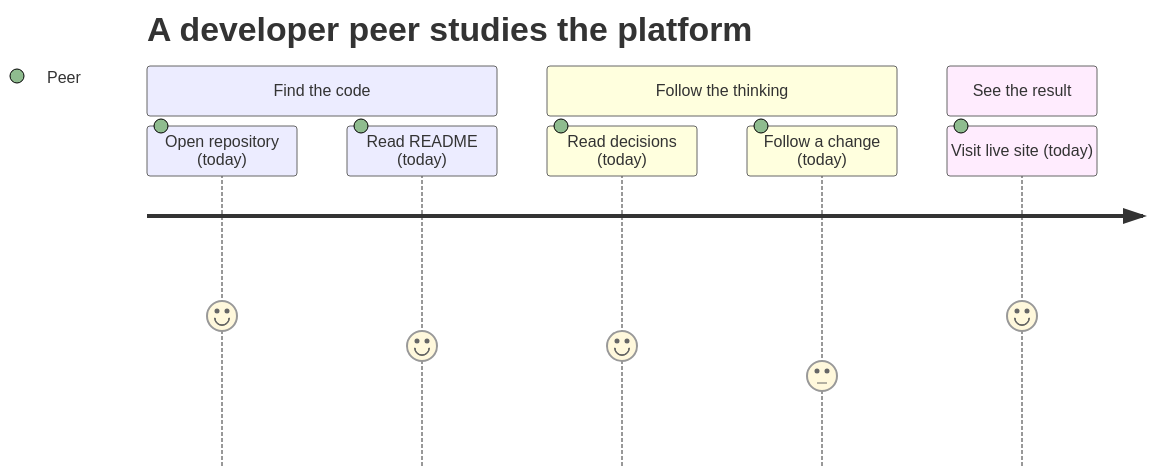
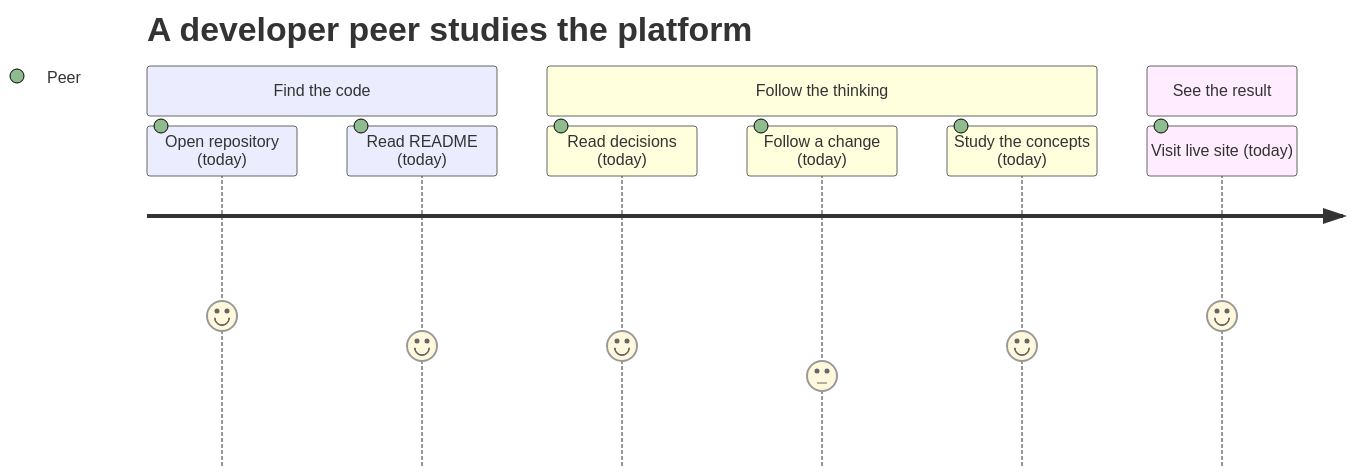
One commit to ycmcuenca/ycmcuenca-core changed the third of 4 diagrams in docs/USER_JOURNEY.md. Above: the diagram before and after it, drawn with Mermaid. The commit also changed other lines of this file and 7 other files, not shown here.

````diff
--- a/docs/USER_JOURNEY.md
+++ b/docs/USER_JOURNEY.md
@@ -76,12 +77,13 @@
 ```mermaid
 journey
     title A developer peer studies the platform
     section Find the code
       Open repository (today): 5: Peer
       Read README (today): 4: Peer
     section Follow the thinking
       Read decisions (today): 4: Peer
       Follow a change (today): 3: Peer
+      Study the concepts (today): 4: Peer
     section See the result
       Visit live site (today): 5: Peer
 ```
````
